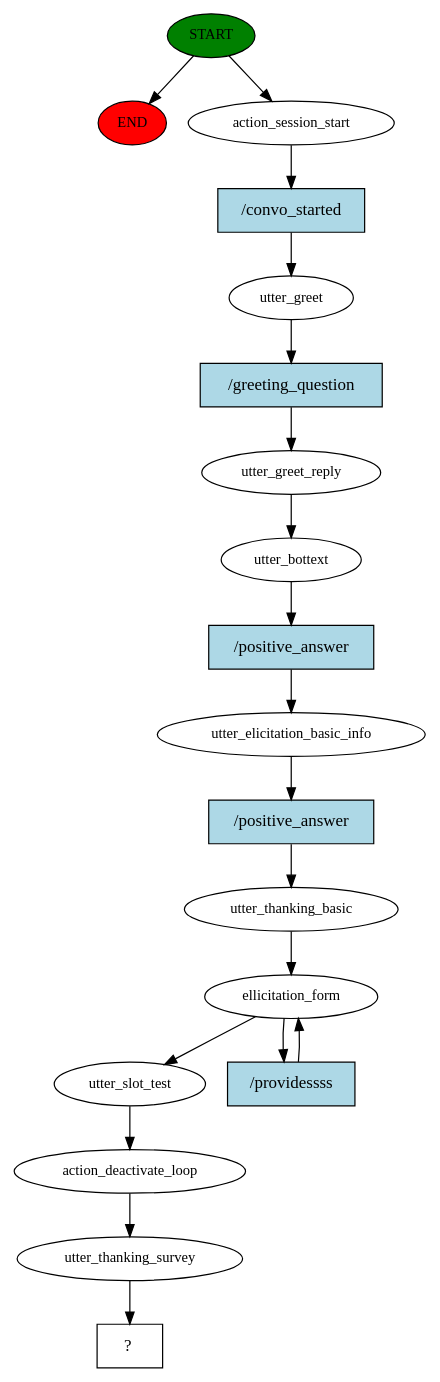
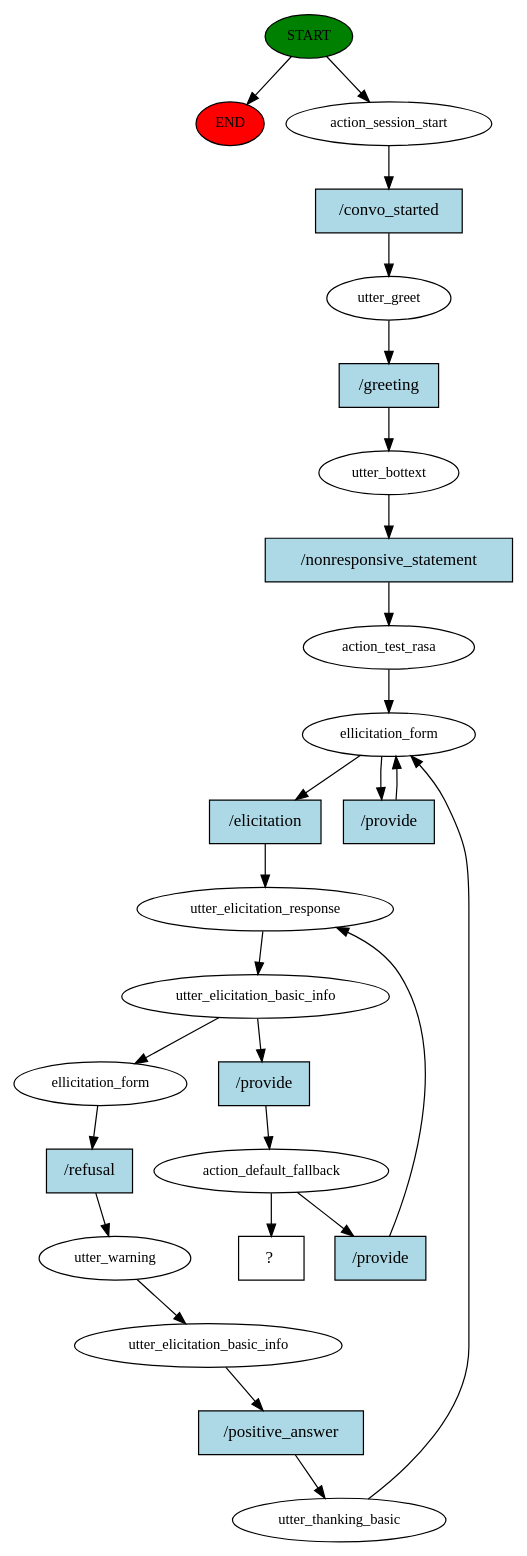
One commit to lbodapat/rasa_is changed the diagram in story_graph.dot. Above: the diagram before and after it, drawn with Graphviz. The commit also changed 2594 other files, not shown here.

```diff
--- a/story_graph.dot
+++ b/story_graph.dot
@@ -1,38 +1,52 @@
 digraph  {
 0 [class="start active", fillcolor=green, fontsize=12, label=START, style=filled];
 "-1" [class=end, fillcolor=red, fontsize=12, label=END, style=filled];
 1 [class=active, fontsize=12, label=action_session_start];
 2 [class=active, fontsize=12, label=utter_greet];
-3 [class=active, fontsize=12, label=utter_greet_reply];
-4 [class=active, fontsize=12, label=utter_bottext];
-5 [class=active, fontsize=12, label=utter_elicitation_basic_info];
-6 [class=active, fontsize=12, label=utter_thanking_basic];
-7 [class=active, fontsize=12, label=ellicitation_form];
-13 [class=active, fontsize=12, label=utter_slot_test];
-14 [class=active, fontsize=12, label=action_deactivate_loop];
-15 [class=active, fontsize=12, label=utter_thanking_survey];
-16 [class="intent dashed active", label="  ?  ", shape=rect];
-17 [class="intent active", fillcolor=lightblue, label="/convo_started", shape=rect, style=filled];
-18 [class="intent active", fillcolor=lightblue, label="/greeting_question", shape=rect, style=filled];
-19 [class="intent active", fillcolor=lightblue, label="/positive_answer", shape=rect, style=filled];
-20 [class="intent active", fillcolor=lightblue, label="/positive_answer", shape=rect, style=filled];
-21 [class="intent active", fillcolor=lightblue, label="/providessss", shape=rect, style=filled];
+3 [class=active, fontsize=12, label=utter_bottext];
+4 [class=active, fontsize=12, label=action_test_rasa];
+5 [class=active, fontsize=12, label=ellicitation_form];
+7 [class=active, fontsize=12, label=utter_elicitation_response];
+8 [class=active, fontsize=12, label=utter_elicitation_basic_info];
+9 [class=active, fontsize=12, label=ellicitation_form];
+10 [class=active, fontsize=12, label=utter_warning];
+11 [class=active, fontsize=12, label=utter_elicitation_basic_info];
+12 [class=active, fontsize=12, label=utter_thanking_basic];
+19 [class=active, fontsize=12, label=action_default_fallback];
+23 [class="intent dashed active", label="  ?  ", shape=rect];
+24 [class="intent active", fillcolor=lightblue, label="/convo_started", shape=rect, style=filled];
+25 [class="intent active", fillcolor=lightblue, label="/greeting", shape=rect, style=filled];
+26 [class="intent active", fillcolor=lightblue, label="/nonresponsive_statement", shape=rect, style=filled];
+27 [class="intent active", fillcolor=lightblue, label="/elicitation", shape=rect, style=filled];
+28 [class="intent active", fillcolor=lightblue, label="/provide", shape=rect, style=filled];
+29 [class="intent active", fillcolor=lightblue, label="/provide", shape=rect, style=filled];
+30 [class="intent active", fillcolor=lightblue, label="/refusal", shape=rect, style=filled];
+31 [class="intent active", fillcolor=lightblue, label="/positive_answer", shape=rect, style=filled];
+32 [class="intent active", fillcolor=lightblue, label="/provide", shape=rect, style=filled];
 0 -> "-1"  [class="", key=NONE, label=""];
 0 -> 1  [class=active, key=NONE, label=""];
-1 -> 17  [class=active, key=0];
-2 -> 18  [class=active, key=0];
-3 -> 4  [class=active, key=NONE, label=""];
-4 -> 19  [class=active, key=0];
-5 -> 20  [class=active, key=0];
-6 -> 7  [class=active, key=NONE, label=""];
-7 -> 13  [class=active, key=NONE, label=""];
-7 -> 21  [class=active, key=0];
-13 -> 14  [class=active, key=NONE, label=""];
-14 -> 15  [class=active, key=NONE, label=""];
-15 -> 16  [class=active, key=NONE, label=""];
-17 -> 2  [class=active, key=0];
-18 -> 3  [class=active, key=0];
-19 -> 5  [class=active, key=0];
-20 -> 6  [class=active, key=0];
-21 -> 7  [class=active, key=0];
+1 -> 24  [class=active, key=0];
+2 -> 25  [class=active, key=0];
+3 -> 26  [class=active, key=0];
+4 -> 5  [class=active, key=NONE, label=""];
+5 -> 27  [class=active, key=0];
+5 -> 28  [class=active, key=0];
+7 -> 8  [class=active, key=NONE, label=""];
+8 -> 9  [class=active, key=NONE, label=""];
+8 -> 29  [class=active, key=0];
+9 -> 30  [class=active, key=0];
+10 -> 11  [class=active, key=NONE, label=""];
+11 -> 31  [class=active, key=0];
+12 -> 5  [class=active, key=NONE, label=""];
+19 -> 23  [class=active, key=NONE, label=""];
+19 -> 32  [class=active, key=0];
+24 -> 2  [class=active, key=0];
+25 -> 3  [class=active, key=0];
+26 -> 4  [class=active, key=0];
+27 -> 7  [class=active, key=0];
+28 -> 5  [class=active, key=0];
+29 -> 19  [class=active, key=0];
+30 -> 10  [class=active, key=0];
+31 -> 12  [class=active, key=0];
+32 -> 7  [class=active, key=0];
 }
```
